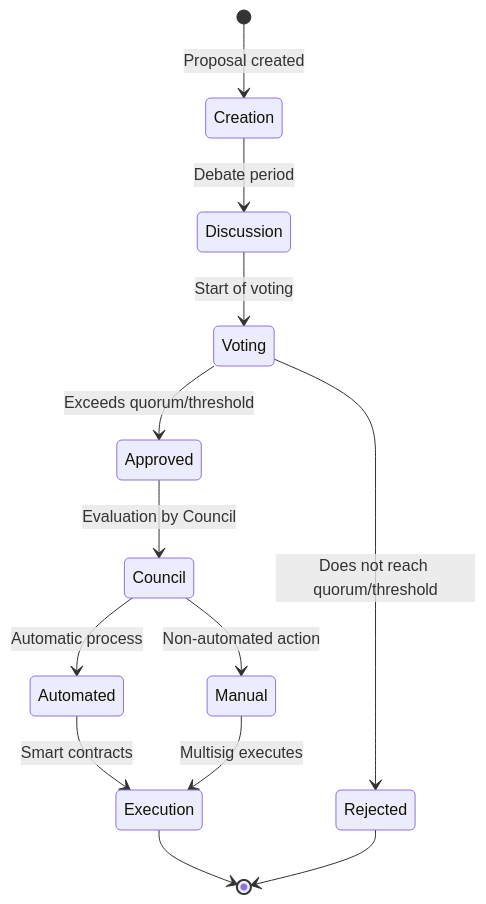
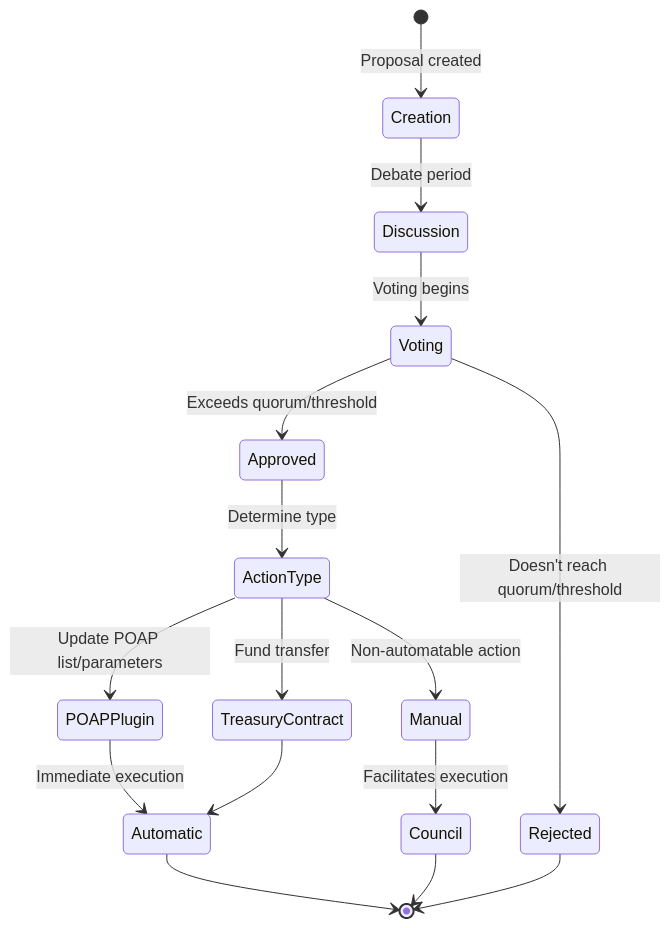
Before and after one commit to eth-ecuador/eth-ecuador-dao: the third of 5 diagrams in YellowPaper_en.md, drawn with Mermaid. The commit also changed other lines of this file, not shown here.

````diff
--- a/YellowPaper_en.md
+++ b/YellowPaper_en.md
@@ -184,15 +216,18 @@
 ```mermaid
 stateDiagram-v2
     [*] --> Creation: Proposal created
     Creation --> Discussion: Debate period
-    Discussion --> Voting: Start of voting
-    Voting --> Rejected: Does not reach quorum/threshold
+    Discussion --> Voting: Voting begins
+    Voting --> Rejected: Doesn't reach quorum/threshold
     Voting --> Approved: Exceeds quorum/threshold
-    Approved --> Council: Evaluation by Council
-    Council --> Automated: Automatic process
-    Council --> Manual: Non-automated action
-    Automated --> Execution: Smart contracts
-    Manual --> Execution: Multisig executes
-    Execution --> [*]
+    Approved --> ActionType: Determine type
+    ActionType --> POAPPlugin: Update POAP list/parameters
+    ActionType --> TreasuryContract: Fund transfer
+    ActionType --> Manual: Non-automatable action
+    POAPPlugin --> Automatic: Immediate execution
+    TreasuryContract --> Automatic
+    Manual --> Council: Facilitates execution
+    Automatic --> [*]
+    Council --> [*]
     Rejected --> [*]
 ```
````
